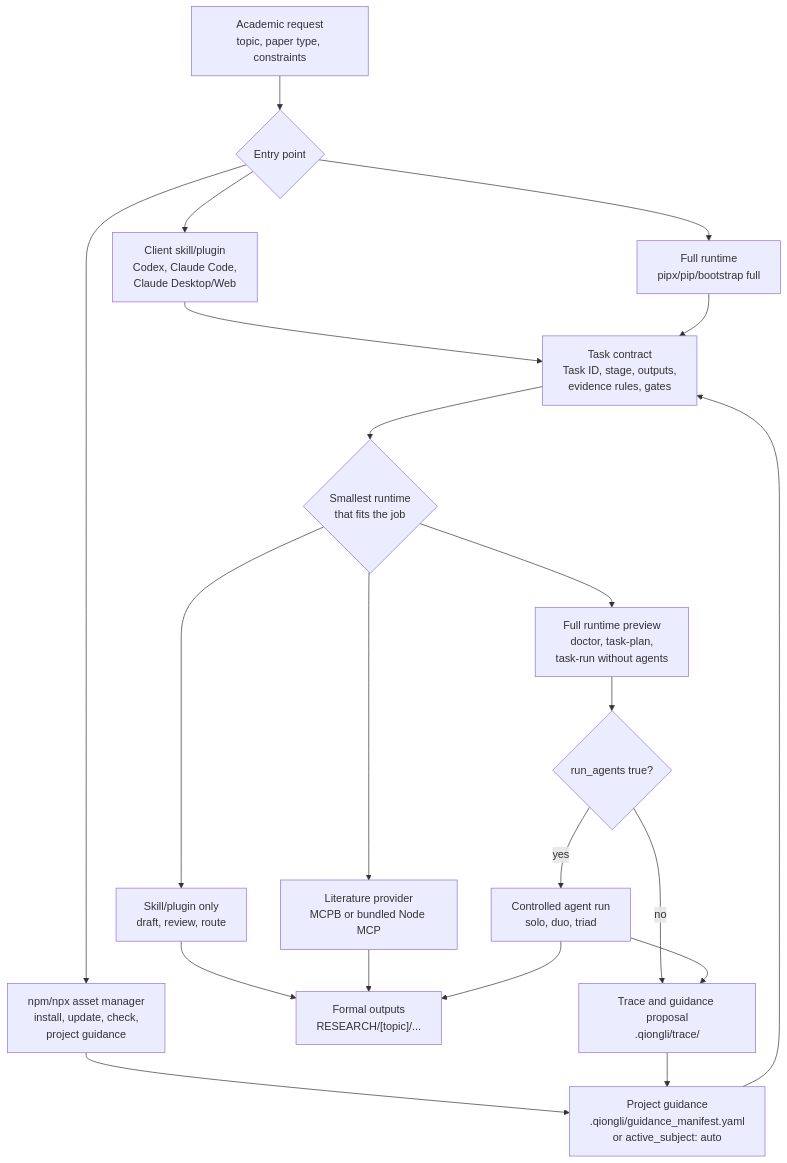
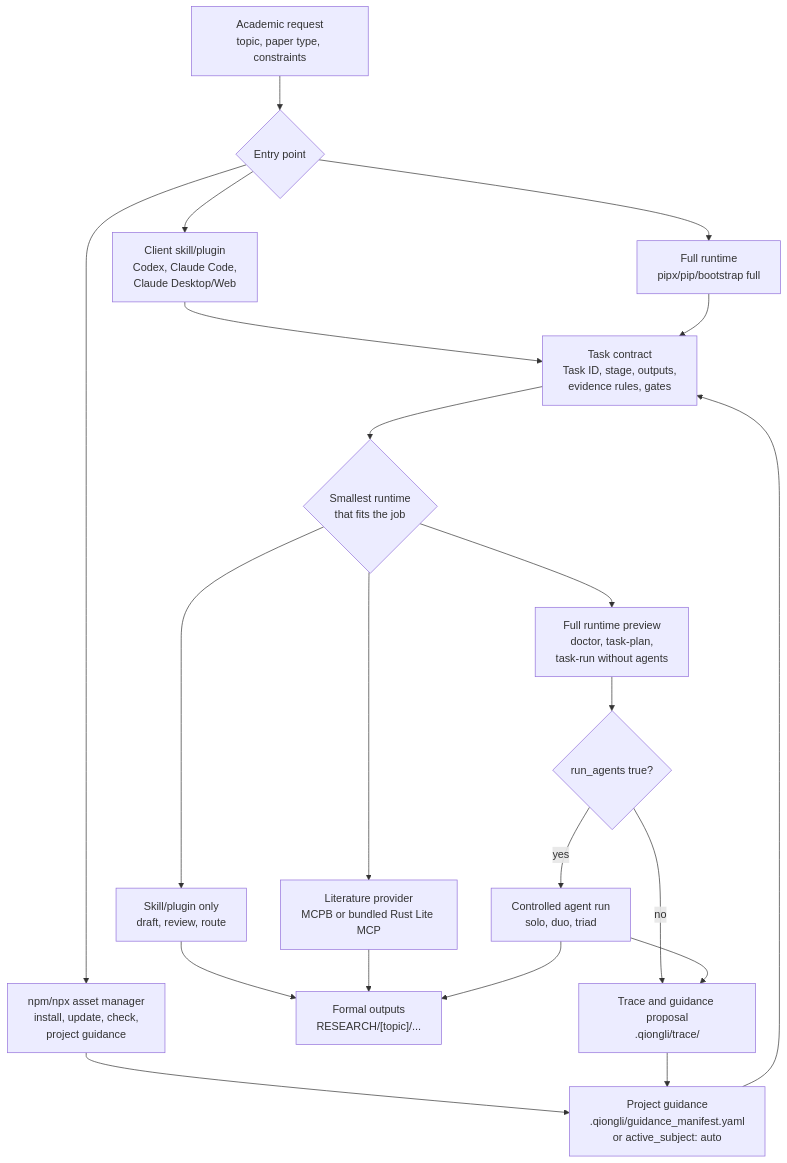
Before and after one commit to jxpeng98/qiongli: the diagram in README.md, drawn with Mermaid. The commit also changed other lines of this file and 13 other files, not shown here.

Commit message:
docs(mcp): explain rust marketplace lite runtime

````diff
--- a/README.md
+++ b/README.md
@@ -100,39 +100,39 @@
 ```mermaid
 flowchart TB
     Request["Academic request<br/>topic, paper type, constraints"]
     Entry{"Entry point"}
     Client["Client skill/plugin<br/>Codex, Claude Code,<br/>Claude Desktop/Web"]
     Npm["npm/npx asset manager<br/>install, update, check,<br/>project guidance"]
     Full["Full runtime<br/>pipx/pip/bootstrap full"]
     Project["Project guidance<br/>.qiongli/guidance_manifest.yaml<br/>or active_subject: auto"]
     Contract["Task contract<br/>Task ID, stage, outputs,<br/>evidence rules, gates"]
     Runtime{"Smallest runtime<br/>that fits the job"}
     SkillOnly["Skill/plugin only<br/>draft, review, route"]
-    Provider["Literature provider<br/>MCPB or bundled Node MCP"]
+    Provider["Literature provider<br/>MCPB or bundled Rust Lite MCP"]
     Preview["Full runtime preview<br/>doctor, task-plan,<br/>task-run without agents"]
     Execute{"run_agents true?"}
     Agents["Controlled agent run<br/>solo, duo, triad"]
     Outputs["Formal outputs<br/>RESEARCH/[topic]/..."]
     Trace["Trace and guidance proposal<br/>.qiongli/trace/"]
 
     Request --> Entry
     Entry --> Client
     Entry --> Npm
     Entry --> Full
     Npm --> Project
     Client --> Contract
     Full --> Contract
     Project --> Contract
     Contract --> Runtime
     Runtime --> SkillOnly
     Runtime --> Provider
     Runtime --> Preview
     SkillOnly --> Outputs
     Provider --> Outputs
     Preview --> Execute
     Execute -->|no| Trace
     Execute -->|yes| Agents
     Agents --> Outputs
     Agents --> Trace
     Trace --> Project
 ```
````
